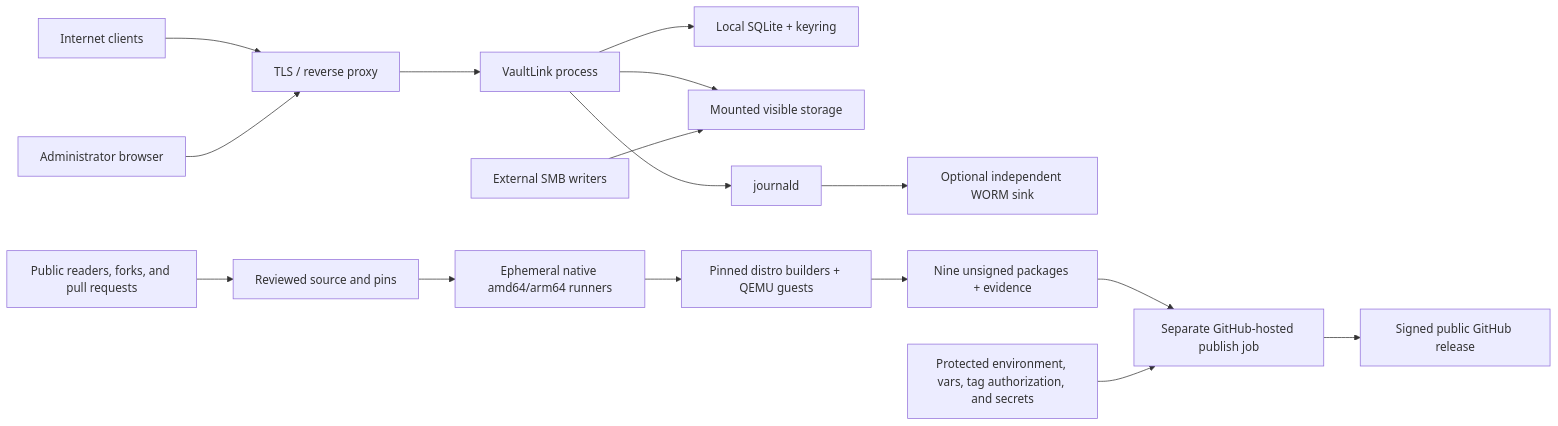
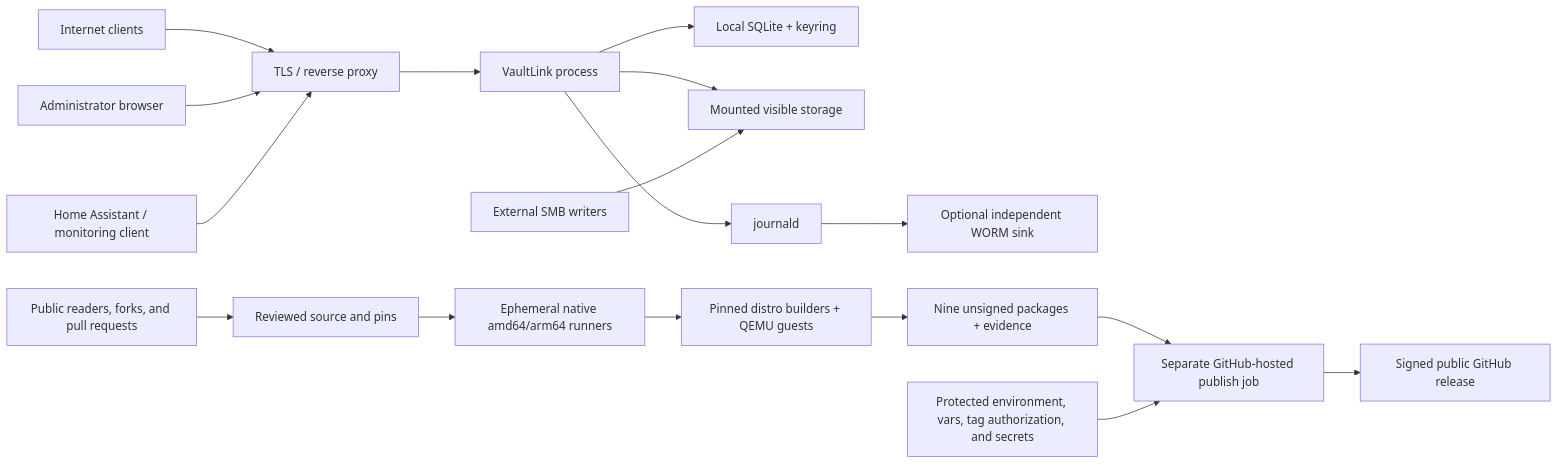
One commit to alexhaberl/VaultLink changed the diagram in THREAT_MODEL.md. Above: the diagram before and after it, drawn with Mermaid. The commit also changed other lines of this file and 47 other files, not shown here.

````diff
--- a/THREAT_MODEL.md
+++ b/THREAT_MODEL.md
@@ -106,19 +108,20 @@
 ```mermaid
 flowchart LR
     Internet["Internet clients"] --> Proxy["TLS / reverse proxy"]
     Proxy --> App["VaultLink process"]
     Admin["Administrator browser"] --> Proxy
+    Monitor["Home Assistant / monitoring client"] --> Proxy
     App --> DB["Local SQLite + keyring"]
     App --> Storage["Mounted visible storage"]
     SMB["External SMB writers"] --> Storage
     App --> Journal["journald"]
     Journal --> WORM["Optional independent WORM sink"]
 
     Public["Public readers, forks, and pull requests"] --> Source["Reviewed source and pins"]
     Source --> Runners["Ephemeral native amd64/arm64 runners"]
     Runners --> Builders["Pinned distro builders + QEMU guests"]
     Builders --> Artifacts["Nine unsigned packages + evidence"]
     Artifacts --> Publish["Separate GitHub-hosted publish job"]
     GitHub["Protected environment, vars, tag authorization, and secrets"] --> Publish
     Publish --> Release["Signed public GitHub release"]
 ```
````
